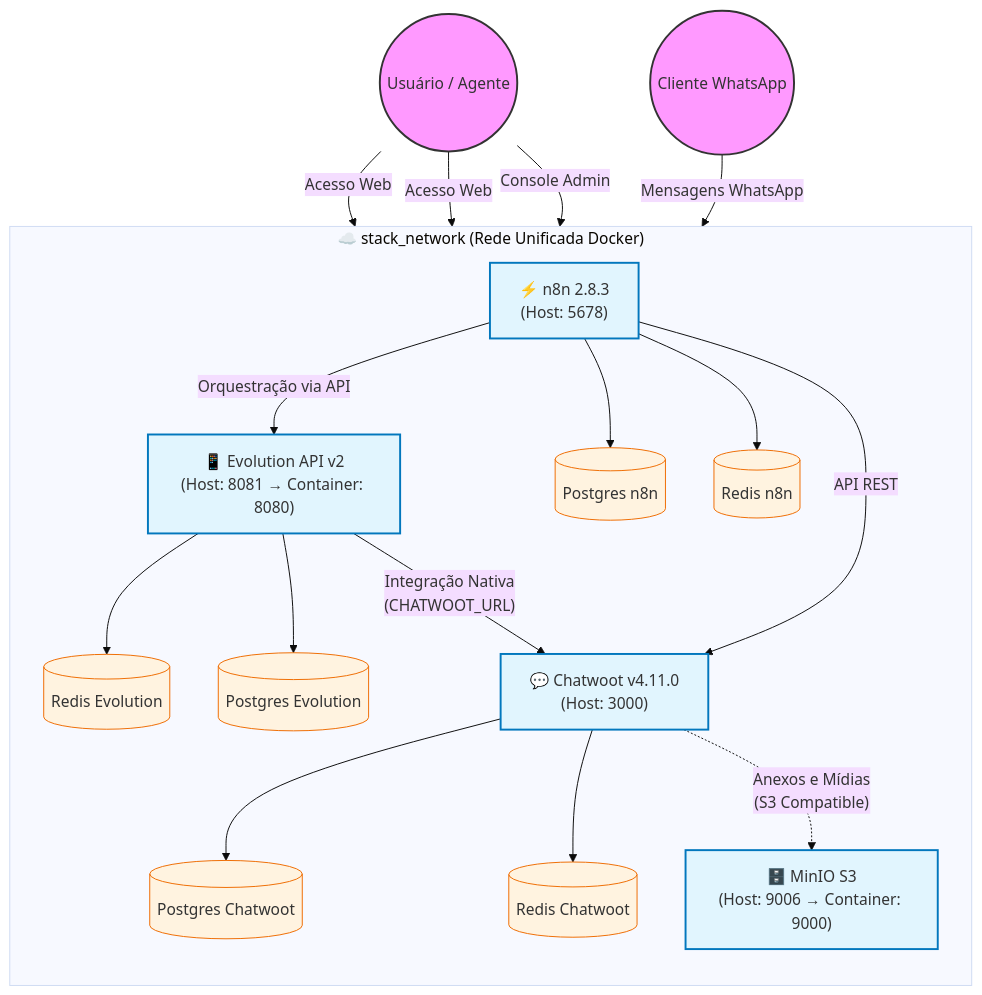
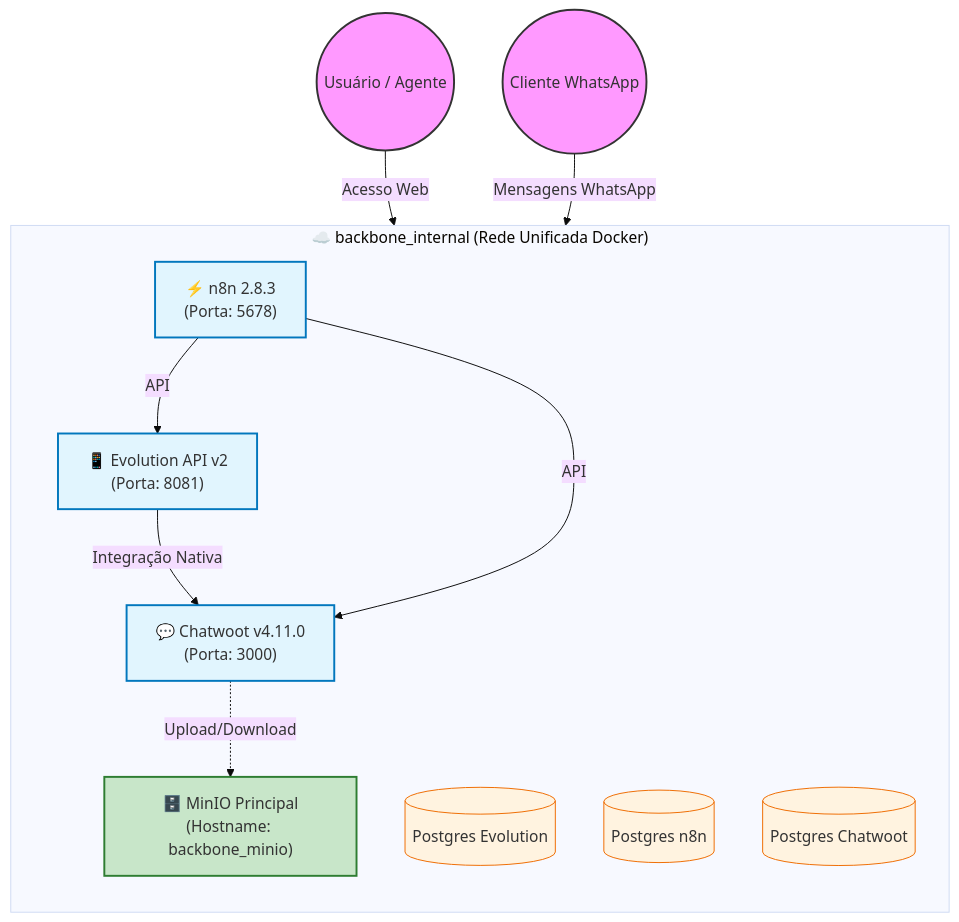
One commit to yurythx/Automacao-BackBone changed the diagram in README.md. Above: the diagram before and after it, drawn with Mermaid (base theme). The commit also changed other lines of this file and 9 other files, not shown here.

````diff
--- a/README.md
+++ b/README.md
@@ -45,43 +25,32 @@
 ```mermaid
 graph TD
     classDef external fill:#f9f,stroke:#333,stroke-width:2px;
     classDef internal fill:#e1f5fe,stroke:#0277bd,stroke-width:2px;
     classDef db fill:#fff3e0,stroke:#ef6c00,stroke-width:1px;
+    classDef main fill:#c8e6c9,stroke:#2e7d32,stroke-width:2px;
 
     User(("Usuário / Agente")):::external
     Customer(("Cliente WhatsApp")):::external
 
-    subgraph Stack_Network ["☁️ stack_network (Rede Unificada Docker)"]
+    subgraph Backbone_Net ["☁️ backbone_internal (Rede Unificada Docker)"]
         direction TB
 
-        EvolAPI["📱 Evolution API v2\n(Host: 8081 → Container: 8080)"]:::internal
-        MinIO["🗄️ MinIO S3\n(Host: 9006 → Container: 9000)"]:::internal
-        n8n["⚡ n8n 2.8.3\n(Host: 5678)"]:::internal
-        Chatwoot["💬 Chatwoot v4.11.0\n(Host: 3000)"]:::internal
+        EvolAPI["📱 Evolution API v2\n(Porta: 8081)"]:::internal
+        n8n["⚡ n8n 2.8.3\n(Porta: 5678)"]:::internal
+        Chatwoot["💬 Chatwoot v4.11.0\n(Porta: 3000)"]:::internal
+        
+        MinIOBackbone["🗄️ MinIO Principal\n(Hostname: backbone_minio)"]:::main
 
-        RedisEvol[("Redis Evolution")]:::db
         PostgresEvol[("Postgres Evolution")]:::db
         PostgresN8N[("Postgres n8n")]:::db
-        RedisN8N[("Redis n8n")]:::db
         PostgresChat[("Postgres Chatwoot")]:::db
-        RedisChat[("Redis Chatwoot")]:::db
     end
 
     User -->|Acesso Web| Chatwoot
-    User -->|Acesso Web| n8n
-    User -->|Console Admin| MinIO
     Customer -->|Mensagens WhatsApp| EvolAPI
 
-    EvolAPI --> RedisEvol
-    EvolAPI --> PostgresEvol
-    EvolAPI -->|"Integração Nativa\n(CHATWOOT_URL)"| Chatwoot
-
-    n8n -->|Orquestração via API| EvolAPI
-    n8n -->|API REST| Chatwoot
-    n8n --> PostgresN8N
-    n8n --> RedisN8N
-
-    Chatwoot --> PostgresChat
-    Chatwoot --> RedisChat
-    Chatwoot -.->|"Anexos e Mídias\n(S3 Compatible)"| MinIO
+    EvolAPI -->|"Integração Nativa"| Chatwoot
+    Chatwoot -.->|"Upload/Download"| MinIOBackbone
+    n8n -->|API| EvolAPI
+    n8n -->|API| Chatwoot
 ```
````
